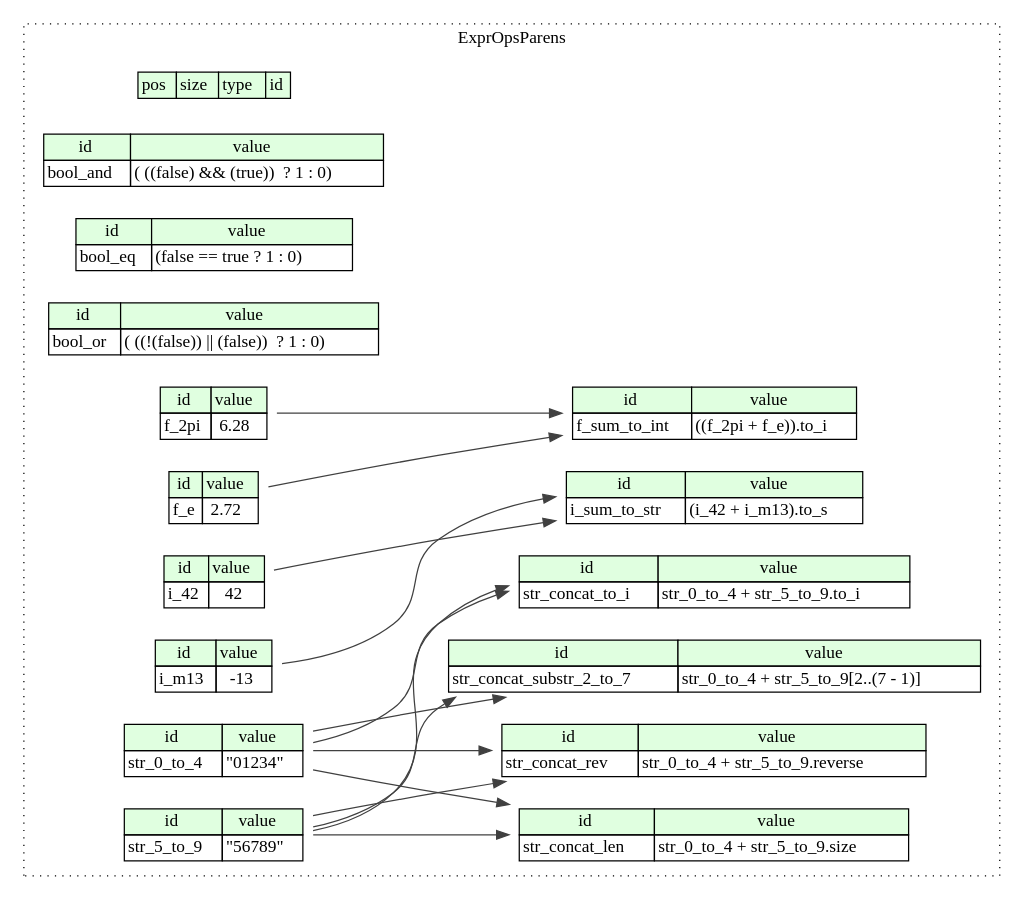
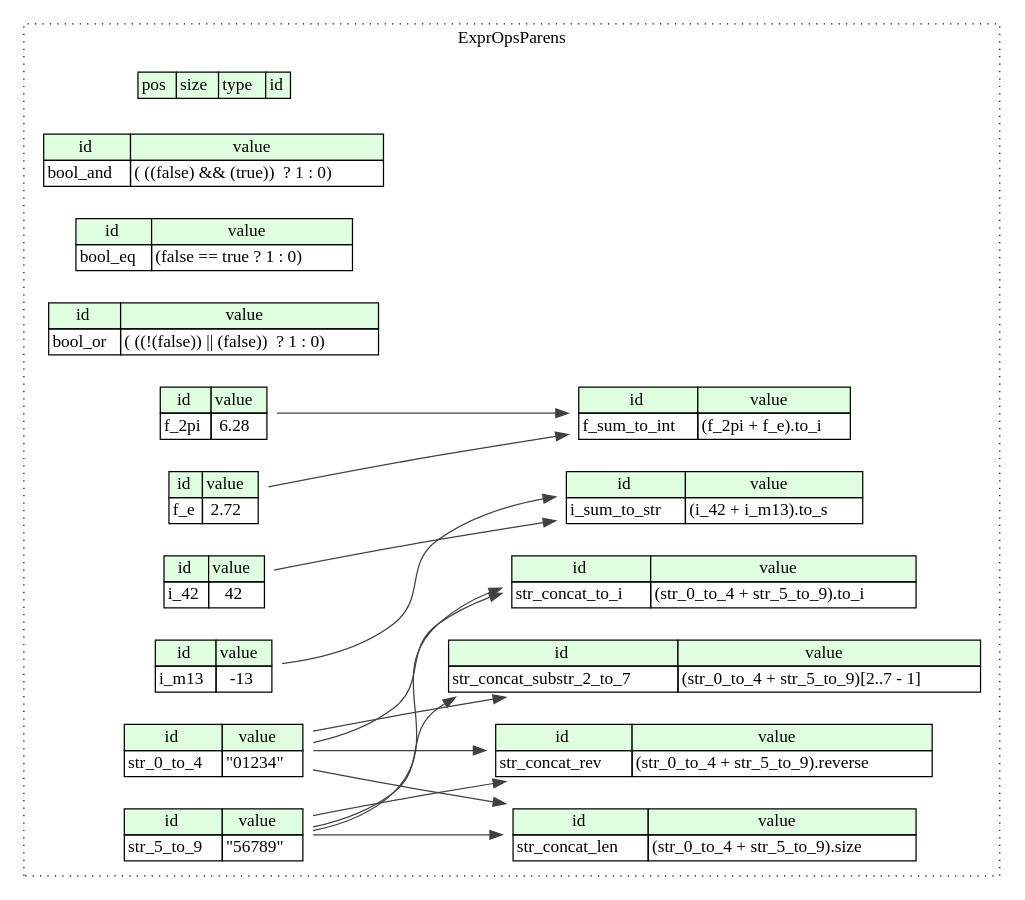
Before and after one commit to kaitai-io/ci_targets: the diagram in compiled/graphviz/expr_ops_parens.dot, drawn with Graphviz. The commit also changed 530 other files, not shown here.

```diff
--- a/compiled/graphviz/expr_ops_parens.dot
+++ b/compiled/graphviz/expr_ops_parens.dot
@@ -1,84 +1,84 @@
 digraph {
 	rankdir=LR;
 	node [shape=plaintext];
 	subgraph cluster__expr_ops_parens {
 		label="ExprOpsParens";
 		graph[style=dotted];
 
 		expr_ops_parens__seq [label=<<TABLE BORDER="0" CELLBORDER="1" CELLSPACING="0">
 			<TR><TD BGCOLOR="#E0FFE0">pos</TD><TD BGCOLOR="#E0FFE0">size</TD><TD BGCOLOR="#E0FFE0">type</TD><TD BGCOLOR="#E0FFE0">id</TD></TR>
 		</TABLE>>];
 		expr_ops_parens__inst__bool_and [label=<<TABLE BORDER="0" CELLBORDER="1" CELLSPACING="0">
 			<TR><TD BGCOLOR="#E0FFE0">id</TD><TD BGCOLOR="#E0FFE0">value</TD></TR>
 			<TR><TD>bool_and</TD><TD>( ((false) &amp;&amp; (true))  ? 1 : 0)</TD></TR>
 		</TABLE>>];
 		expr_ops_parens__inst__bool_eq [label=<<TABLE BORDER="0" CELLBORDER="1" CELLSPACING="0">
 			<TR><TD BGCOLOR="#E0FFE0">id</TD><TD BGCOLOR="#E0FFE0">value</TD></TR>
 			<TR><TD>bool_eq</TD><TD>(false == true ? 1 : 0)</TD></TR>
 		</TABLE>>];
 		expr_ops_parens__inst__bool_or [label=<<TABLE BORDER="0" CELLBORDER="1" CELLSPACING="0">
 			<TR><TD BGCOLOR="#E0FFE0">id</TD><TD BGCOLOR="#E0FFE0">value</TD></TR>
 			<TR><TD>bool_or</TD><TD>( ((!(false)) || (false))  ? 1 : 0)</TD></TR>
 		</TABLE>>];
 		expr_ops_parens__inst__f_2pi [label=<<TABLE BORDER="0" CELLBORDER="1" CELLSPACING="0">
 			<TR><TD BGCOLOR="#E0FFE0">id</TD><TD BGCOLOR="#E0FFE0">value</TD></TR>
 			<TR><TD>f_2pi</TD><TD>6.28</TD></TR>
 		</TABLE>>];
 		expr_ops_parens__inst__f_e [label=<<TABLE BORDER="0" CELLBORDER="1" CELLSPACING="0">
 			<TR><TD BGCOLOR="#E0FFE0">id</TD><TD BGCOLOR="#E0FFE0">value</TD></TR>
 			<TR><TD>f_e</TD><TD>2.72</TD></TR>
 		</TABLE>>];
 		expr_ops_parens__inst__f_sum_to_int [label=<<TABLE BORDER="0" CELLBORDER="1" CELLSPACING="0">
 			<TR><TD BGCOLOR="#E0FFE0">id</TD><TD BGCOLOR="#E0FFE0">value</TD></TR>
-			<TR><TD>f_sum_to_int</TD><TD>((f_2pi + f_e)).to_i</TD></TR>
+			<TR><TD>f_sum_to_int</TD><TD>(f_2pi + f_e).to_i</TD></TR>
 		</TABLE>>];
 		expr_ops_parens__inst__i_42 [label=<<TABLE BORDER="0" CELLBORDER="1" CELLSPACING="0">
 			<TR><TD BGCOLOR="#E0FFE0">id</TD><TD BGCOLOR="#E0FFE0">value</TD></TR>
 			<TR><TD>i_42</TD><TD>42</TD></TR>
 		</TABLE>>];
 		expr_ops_parens__inst__i_m13 [label=<<TABLE BORDER="0" CELLBORDER="1" CELLSPACING="0">
 			<TR><TD BGCOLOR="#E0FFE0">id</TD><TD BGCOLOR="#E0FFE0">value</TD></TR>
 			<TR><TD>i_m13</TD><TD>-13</TD></TR>
 		</TABLE>>];
 		expr_ops_parens__inst__i_sum_to_str [label=<<TABLE BORDER="0" CELLBORDER="1" CELLSPACING="0">
 			<TR><TD BGCOLOR="#E0FFE0">id</TD><TD BGCOLOR="#E0FFE0">value</TD></TR>
 			<TR><TD>i_sum_to_str</TD><TD>(i_42 + i_m13).to_s</TD></TR>
 		</TABLE>>];
 		expr_ops_parens__inst__str_0_to_4 [label=<<TABLE BORDER="0" CELLBORDER="1" CELLSPACING="0">
 			<TR><TD BGCOLOR="#E0FFE0">id</TD><TD BGCOLOR="#E0FFE0">value</TD></TR>
 			<TR><TD>str_0_to_4</TD><TD>&quot;01234&quot;</TD></TR>
 		</TABLE>>];
 		expr_ops_parens__inst__str_5_to_9 [label=<<TABLE BORDER="0" CELLBORDER="1" CELLSPACING="0">
 			<TR><TD BGCOLOR="#E0FFE0">id</TD><TD BGCOLOR="#E0FFE0">value</TD></TR>
 			<TR><TD>str_5_to_9</TD><TD>&quot;56789&quot;</TD></TR>
 		</TABLE>>];
 		expr_ops_parens__inst__str_concat_len [label=<<TABLE BORDER="0" CELLBORDER="1" CELLSPACING="0">
 			<TR><TD BGCOLOR="#E0FFE0">id</TD><TD BGCOLOR="#E0FFE0">value</TD></TR>
-			<TR><TD>str_concat_len</TD><TD>str_0_to_4 + str_5_to_9.size</TD></TR>
+			<TR><TD>str_concat_len</TD><TD>(str_0_to_4 + str_5_to_9).size</TD></TR>
 		</TABLE>>];
 		expr_ops_parens__inst__str_concat_rev [label=<<TABLE BORDER="0" CELLBORDER="1" CELLSPACING="0">
 			<TR><TD BGCOLOR="#E0FFE0">id</TD><TD BGCOLOR="#E0FFE0">value</TD></TR>
-			<TR><TD>str_concat_rev</TD><TD>str_0_to_4 + str_5_to_9.reverse</TD></TR>
+			<TR><TD>str_concat_rev</TD><TD>(str_0_to_4 + str_5_to_9).reverse</TD></TR>
 		</TABLE>>];
 		expr_ops_parens__inst__str_concat_substr_2_to_7 [label=<<TABLE BORDER="0" CELLBORDER="1" CELLSPACING="0">
 			<TR><TD BGCOLOR="#E0FFE0">id</TD><TD BGCOLOR="#E0FFE0">value</TD></TR>
-			<TR><TD>str_concat_substr_2_to_7</TD><TD>str_0_to_4 + str_5_to_9[2..(7 - 1)]</TD></TR>
+			<TR><TD>str_concat_substr_2_to_7</TD><TD>(str_0_to_4 + str_5_to_9)[2..7 - 1]</TD></TR>
 		</TABLE>>];
 		expr_ops_parens__inst__str_concat_to_i [label=<<TABLE BORDER="0" CELLBORDER="1" CELLSPACING="0">
 			<TR><TD BGCOLOR="#E0FFE0">id</TD><TD BGCOLOR="#E0FFE0">value</TD></TR>
-			<TR><TD>str_concat_to_i</TD><TD>str_0_to_4 + str_5_to_9.to_i</TD></TR>
+			<TR><TD>str_concat_to_i</TD><TD>(str_0_to_4 + str_5_to_9).to_i</TD></TR>
 		</TABLE>>];
 	}
 	expr_ops_parens__inst__f_2pi:f_2pi_type -> expr_ops_parens__inst__f_sum_to_int [color="#404040"];
 	expr_ops_parens__inst__f_e:f_e_type -> expr_ops_parens__inst__f_sum_to_int [color="#404040"];
 	expr_ops_parens__inst__i_42:i_42_type -> expr_ops_parens__inst__i_sum_to_str [color="#404040"];
 	expr_ops_parens__inst__i_m13:i_m13_type -> expr_ops_parens__inst__i_sum_to_str [color="#404040"];
 	expr_ops_parens__inst__str_0_to_4:str_0_to_4_type -> expr_ops_parens__inst__str_concat_len [color="#404040"];
 	expr_ops_parens__inst__str_5_to_9:str_5_to_9_type -> expr_ops_parens__inst__str_concat_len [color="#404040"];
 	expr_ops_parens__inst__str_0_to_4:str_0_to_4_type -> expr_ops_parens__inst__str_concat_rev [color="#404040"];
 	expr_ops_parens__inst__str_5_to_9:str_5_to_9_type -> expr_ops_parens__inst__str_concat_rev [color="#404040"];
 	expr_ops_parens__inst__str_0_to_4:str_0_to_4_type -> expr_ops_parens__inst__str_concat_substr_2_to_7 [color="#404040"];
 	expr_ops_parens__inst__str_5_to_9:str_5_to_9_type -> expr_ops_parens__inst__str_concat_substr_2_to_7 [color="#404040"];
 	expr_ops_parens__inst__str_0_to_4:str_0_to_4_type -> expr_ops_parens__inst__str_concat_to_i [color="#404040"];
 	expr_ops_parens__inst__str_5_to_9:str_5_to_9_type -> expr_ops_parens__inst__str_concat_to_i [color="#404040"];
 }
```
